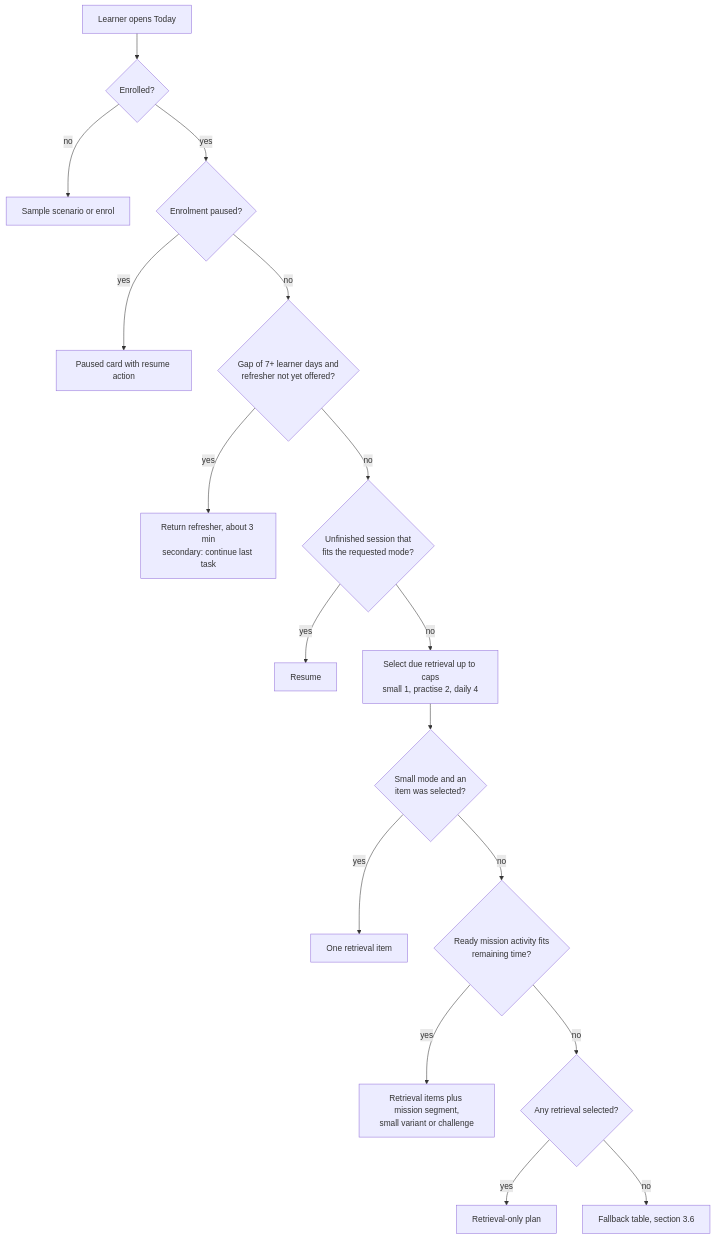
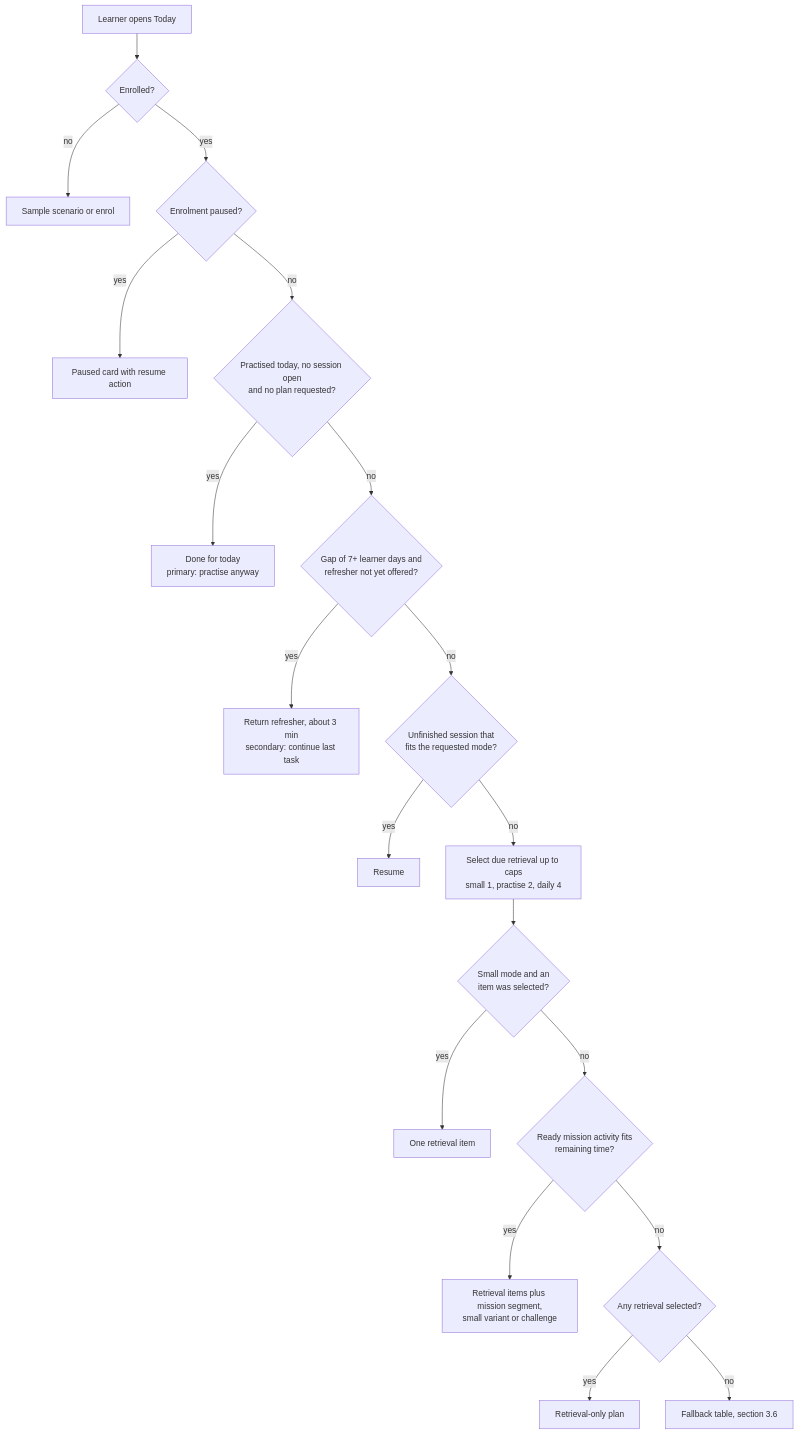
The first of 6 diagrams in devstep/docs/05-learning-engine.md (GhanshyamSoni68/app_idea), drawn with Mermaid before and after one commit. The commit also changed other lines of this file, not shown here.

````diff
--- a/devstep/docs/05-learning-engine.md
+++ b/devstep/docs/05-learning-engine.md
@@ -104,19 +105,21 @@
 ```mermaid
 flowchart TD
     A["Learner opens Today"] --> B{"Enrolled?"}
     B -->|no| B1["Sample scenario or enrol"]
     B -->|yes| C{"Enrolment paused?"}
     C -->|yes| C1["Paused card with resume action"]
-    C -->|no| D{"Gap of 7+ learner days and<br/>refresher not yet offered?"}
+    C -->|no| CD{"Practised today, no session open<br/>and no plan requested?"}
+    CD -->|yes| CD1["Done for today<br/>primary: practise anyway"]
+    CD -->|no| D{"Gap of 7+ learner days and<br/>refresher not yet offered?"}
     D -->|yes| D1["Return refresher, about 3 min<br/>secondary: continue last task"]
     D -->|no| E{"Unfinished session that<br/>fits the requested mode?"}
     E -->|yes| E1["Resume"]
     E -->|no| F["Select due retrieval up to caps<br/>small 1, practise 2, daily 4"]
     F --> G{"Small mode and an<br/>item was selected?"}
     G -->|yes| G1["One retrieval item"]
     G -->|no| H{"Ready mission activity fits<br/>remaining time?"}
     H -->|yes| H1["Retrieval items plus mission segment,<br/>small variant or challenge"]
     H -->|no| I{"Any retrieval selected?"}
     I -->|yes| I1["Retrieval-only plan"]
     I -->|no| J["Fallback table, section 3.6"]
 ```
````
